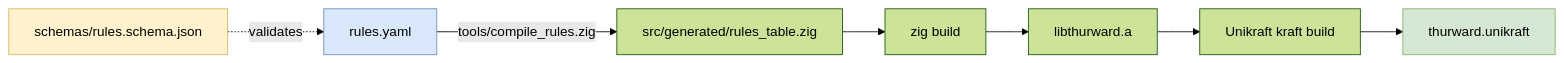
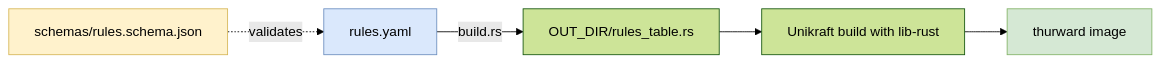
Before and after one commit to LeTuR/thurward: the diagram in docs/architecture/diagrams/rule-compilation.mmd, drawn with Mermaid (forest theme). The commit also changed 11 other files, not shown here.

```diff
--- a/docs/architecture/diagrams/rule-compilation.mmd
+++ b/docs/architecture/diagrams/rule-compilation.mmd
@@ -1,12 +1,10 @@
 %% Canonical source for the rule-compilation diagram.
 %% Embedded inline in docs/architecture/03-rule-model.md.
 flowchart LR
-    A[rules.yaml] -->|tools/compile_rules.zig| B[src/generated/rules_table.zig]
-    B --> C[zig build]
-    C --> D[libthurward.a]
-    D --> E[Unikraft kraft build]
-    E --> F[thurward.unikraft]
+    A[rules.yaml] -->|build.rs| B[OUT_DIR/rules_table.rs]
+    B --> C[Unikraft build with lib-rust]
+    C --> F[thurward image]
     G[schemas/rules.schema.json] -.validates.-> A
     style A fill:#dae8fc,stroke:#6c8ebf
     style F fill:#d5e8d4,stroke:#82b366
     style G fill:#fff2cc,stroke:#d6b656
```
